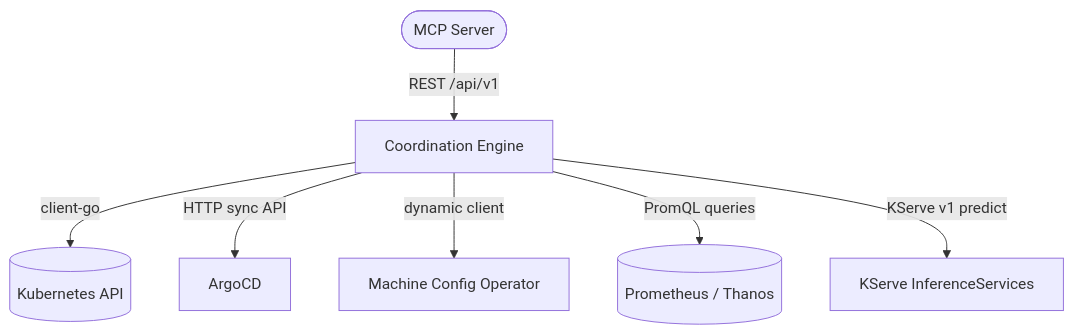
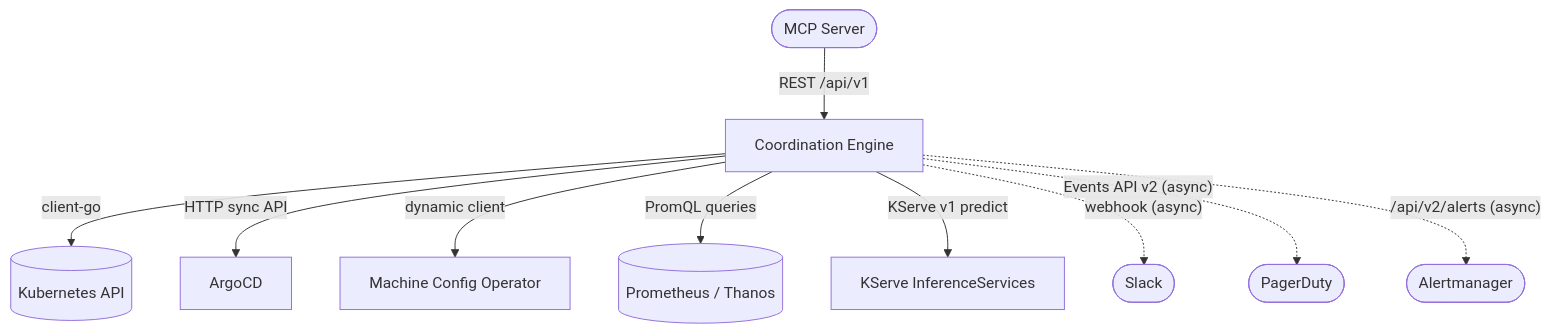
One commit to KubeHeal/openshift-coordination-engine changed the second of 10 diagrams in DESIGN_DOC.md. Above: the diagram before and after it, drawn with Mermaid. The commit also changed other lines of this file and 8 other files, not shown here.

````diff
--- a/DESIGN_DOC.md
+++ b/DESIGN_DOC.md
@@ -72,17 +72,23 @@
 ```mermaid
 flowchart TB
   mcp([MCP Server])
   engine[Coordination Engine]
   k8s[(Kubernetes API)]
   argo[ArgoCD]
   mco[Machine Config Operator]
   prom[(Prometheus / Thanos)]
   kserve[KServe InferenceServices]
+  slack([Slack])
+  pd([PagerDuty])
+  am([Alertmanager])
 
   mcp -->|"REST /api/v1"| engine
   engine -->|"client-go"| k8s
   engine -->|"HTTP sync API"| argo
   engine -->|"dynamic client"| mco
   engine -->|"PromQL queries"| prom
   engine -->|"KServe v1 predict"| kserve
+  engine -.->|"webhook (async)"| slack
+  engine -.->|"Events API v2 (async)"| pd
+  engine -.->|"/api/v2/alerts (async)"| am
 ```
````
